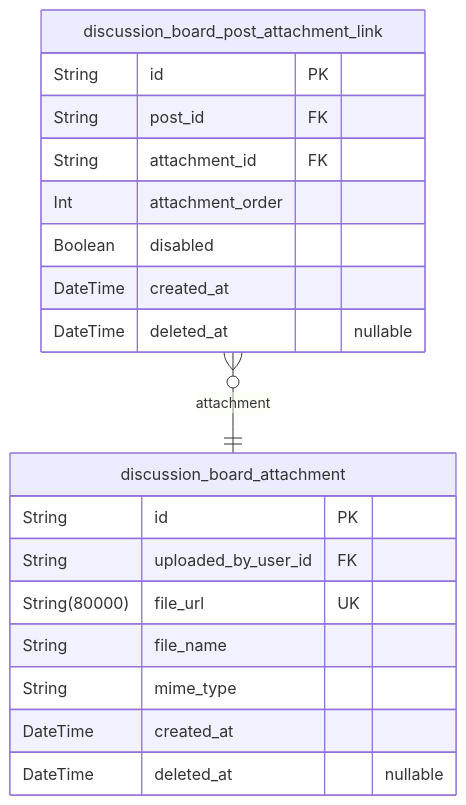
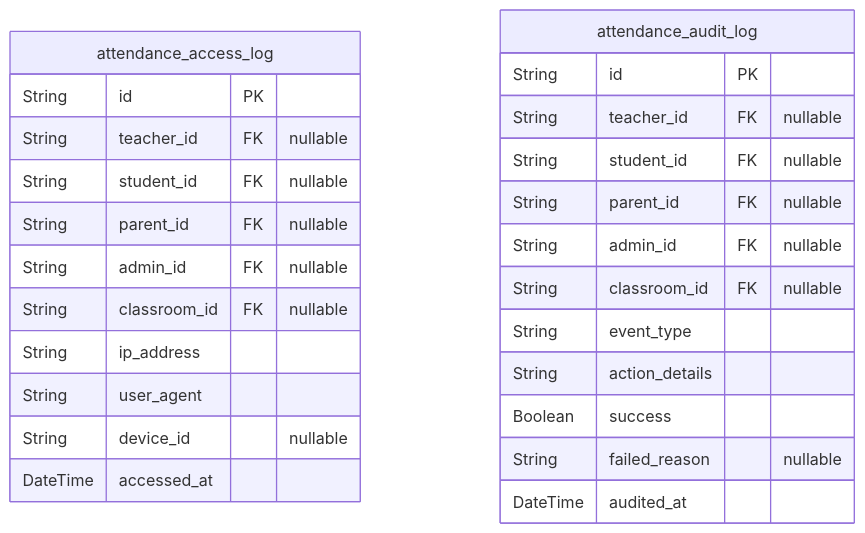
The sixth of 6 diagrams in docs/ERD.md (wrtnlabs/autobe-example-bbs-openai-gpt-4.1), drawn with Mermaid before and after one commit. The commit also changed other lines of this file and 577 other files, not shown here.

````diff
--- a/docs/ERD.md
+++ b/docs/ERD.md
@@ -736,22 +680,28 @@
 ```mermaid
 erDiagram
-"discussion_board_attachment" {
+"attendance_access_log" {
   String id PK
-  String uploaded_by_user_id FK
-  String(80000) file_url UK
-  String file_name
-  String mime_type
-  DateTime created_at
-  DateTime deleted_at "nullable"
+  String teacher_id FK "nullable"
+  String student_id FK "nullable"
+  String parent_id FK "nullable"
+  String admin_id FK "nullable"
+  String classroom_id FK "nullable"
+  String ip_address
+  String user_agent
+  String device_id "nullable"
+  DateTime accessed_at
 }
-"discussion_board_post_attachment_link" {
+"attendance_audit_log" {
   String id PK
-  String post_id FK
-  String attachment_id FK
-  Int attachment_order
-  Boolean disabled
-  DateTime created_at
-  DateTime deleted_at "nullable"
+  String teacher_id FK "nullable"
+  String student_id FK "nullable"
+  String parent_id FK "nullable"
+  String admin_id FK "nullable"
+  String classroom_id FK "nullable"
+  String event_type
+  String action_details
+  Boolean success
+  String failed_reason "nullable"
+  DateTime audited_at
 }
-"discussion_board_post_attachment_link" }o--|| "discussion_board_attachment" : attachment
 ```
````
